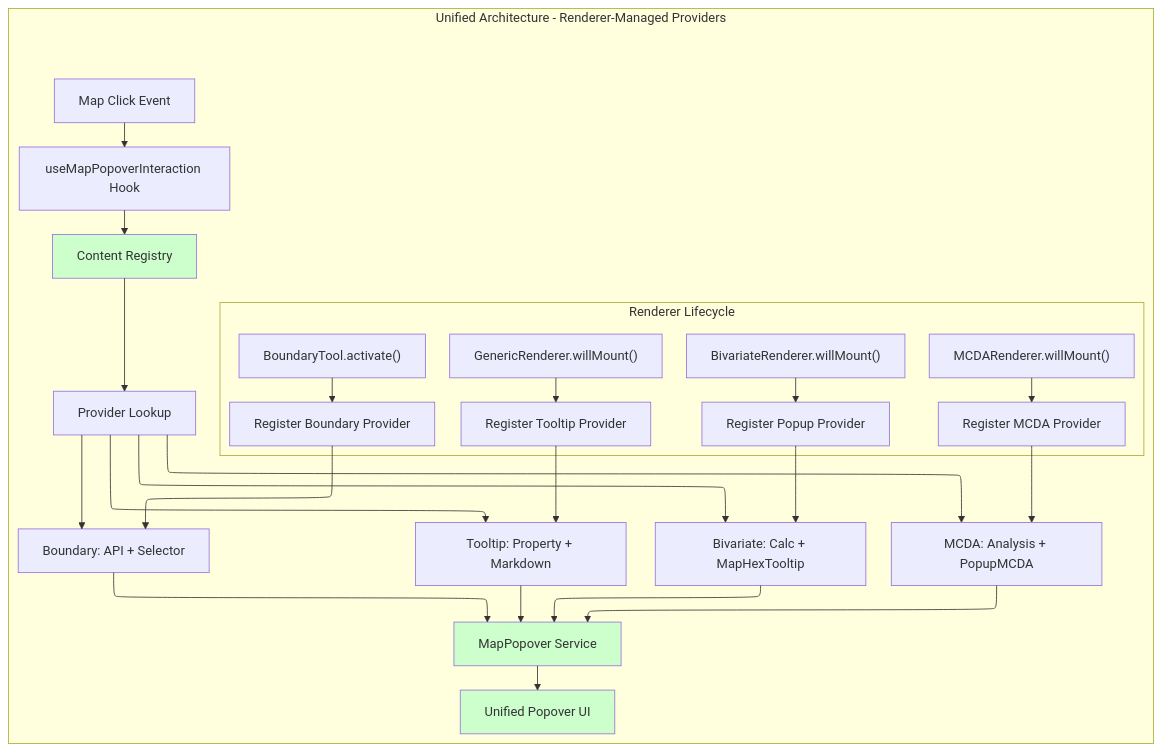
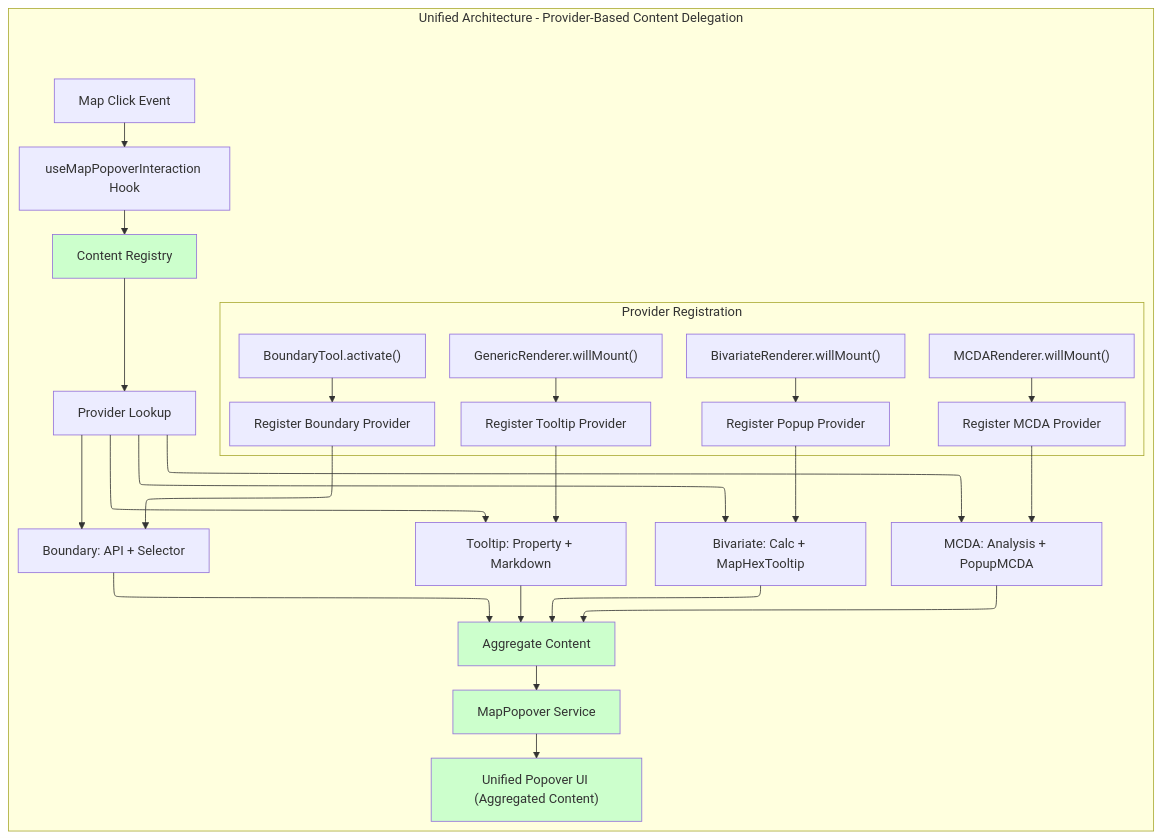
One commit to konturio/disaster-ninja-fe changed the second of 2 diagrams in docs/architecture/ADR-001-MapPopover-Migration-Architecture.md. Above: the diagram before and after it, drawn with Mermaid. The commit also changed other lines of this file, not shown here.

````diff
--- a/docs/architecture/ADR-001-MapPopover-Migration-Architecture.md
+++ b/docs/architecture/ADR-001-MapPopover-Migration-Architecture.md
@@ -74,40 +74,42 @@
 ```mermaid
 ---
 config:
   layout: elk
 ---
 graph TD
-    subgraph "Unified Architecture - Renderer-Managed Providers"
+    subgraph "Unified Architecture - Provider-Based Content Delegation"
         A["Map Click Event"] --> B["useMapPopoverInteraction Hook"]
         B --> C["Content Registry"]
         C --> D["Provider Lookup"]
 
-        subgraph "Renderer Lifecycle"
+        subgraph "Provider Registration"
             E["GenericRenderer.willMount()"] --> E1["Register Tooltip Provider"]
             F["BivariateRenderer.willMount()"] --> F1["Register Popup Provider"]
             G["MCDARenderer.willMount()"] --> G1["Register MCDA Provider"]
             H["BoundaryTool.activate()"] --> H1["Register Boundary Provider"]
         end
 
         E1 --> I["Tooltip: Property + Markdown"]
         F1 --> J["Bivariate: Calc + MapHexTooltip"]
         G1 --> K["MCDA: Analysis + PopupMCDA"]
         H1 --> L["Boundary: API + Selector"]
 
         D --> I
         D --> J
         D --> K
         D --> L
 
-        I --> M["MapPopover Service"]
+        I --> M["Aggregate Content"]
         J --> M
         K --> M
         L --> M
 
-        M --> N["Unified Popover UI"]
+        M --> N["MapPopover Service"]
+        N --> O["Unified Popover UI (Aggregated Content)"]
 
         style C fill:#ccffcc
         style M fill:#ccffcc
         style N fill:#ccffcc
+        style O fill:#ccffcc
     end
 ```
````
